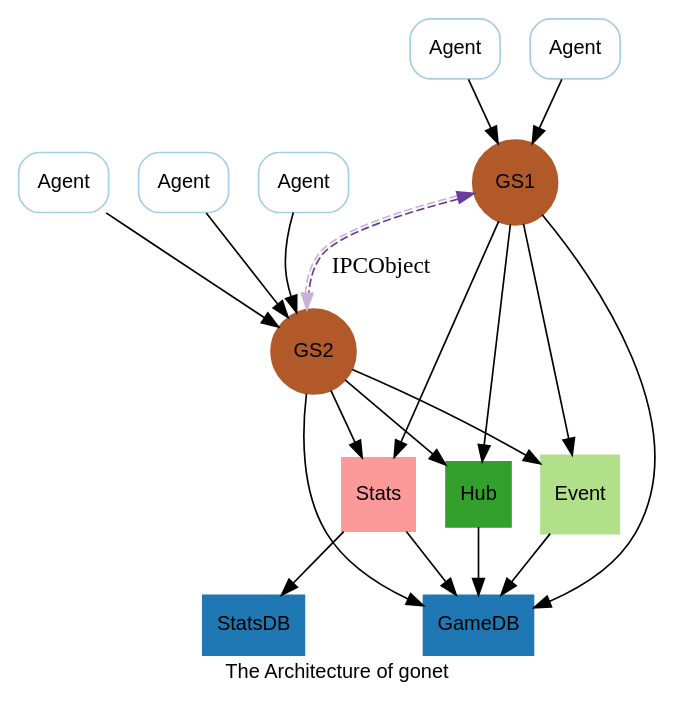
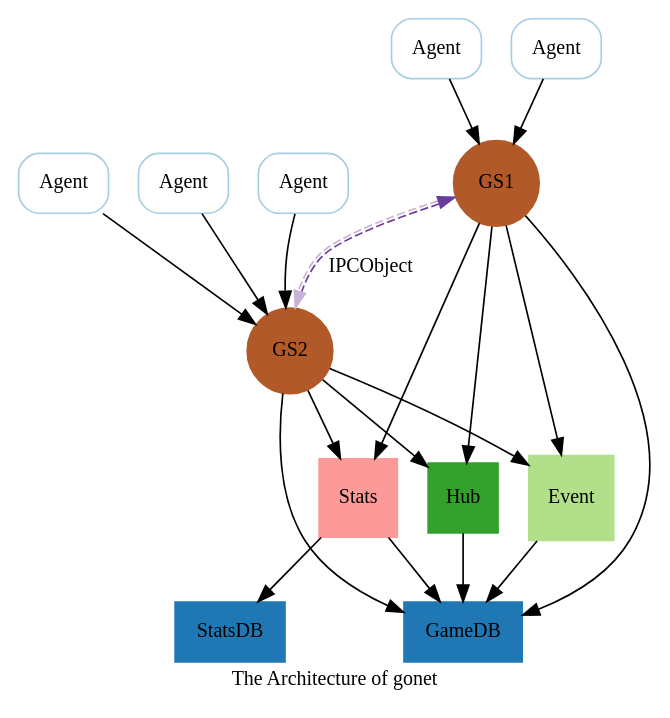
One commit to xtaci/gonet changed the diagram in doc/arch.dot. Above: the diagram before and after it, drawn with Graphviz. The commit also changed 1 other file, not shown here.

```diff
--- a/doc/arch.dot
+++ b/doc/arch.dot
@@ -1,52 +1,52 @@
 digraph G {
-	graph [label="The Architecture of gonet" fontname=arial fontsize=12];
-	node [colorscheme=paired12 fontname=arial fontsize=12];
-	edge [colorscheme=paired12]
+	graph [label="The Architecture of gonet" fontsize=12];
+	node [colorscheme=paired12 fontsize=12];
+	edge [colorscheme=paired12 fontsize=12];
 	subgraph Agents {
 		node [label=Agent style=rounded shape=rect color=1];
 		Agent1;
 		Agent2;
 		Agent3;
 		Agent4;
 		Agent5;
 	}
 
 	subgraph GS {
 		node [style=filled shape=circle color=12];
 		GS1;
 		GS2;
 		GS1->GS2 [dir=both label=IPCObject style=dashed color="9:10"];
 	}
 
 	subgraph {
 		node [style=filled shape=rect color=2];
 		GameDB;
 		StatsDB;
 	}
 
 	Event [style=filled shape=square color=3];
 	Hub [style=filled shape=square color=4];
 	Stats [style=filled shape=square color=5];
 
 	subgraph {
 		Agent1->GS1;
 		Agent2->GS1;
 		Agent3->GS2;
 		Agent4->GS2;
 		Agent5->GS2;
 	}
 
 	GS1->Hub;
 	GS2->Hub;
 	GS1->Event;
 	GS2->Event; 
 	GS1->Stats;
 	GS2->Stats; 
 	GS1->GameDB;
 	GS2->GameDB;
 
 	Hub->GameDB;
 	Event->GameDB;
 	Stats->GameDB;
 	Stats->StatsDB;
 }
```
